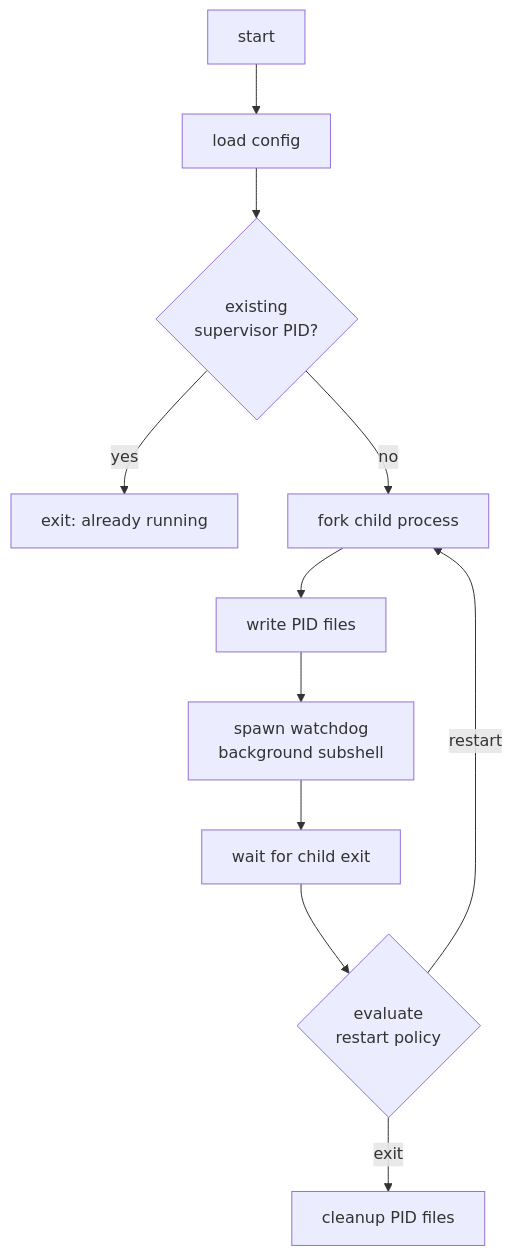
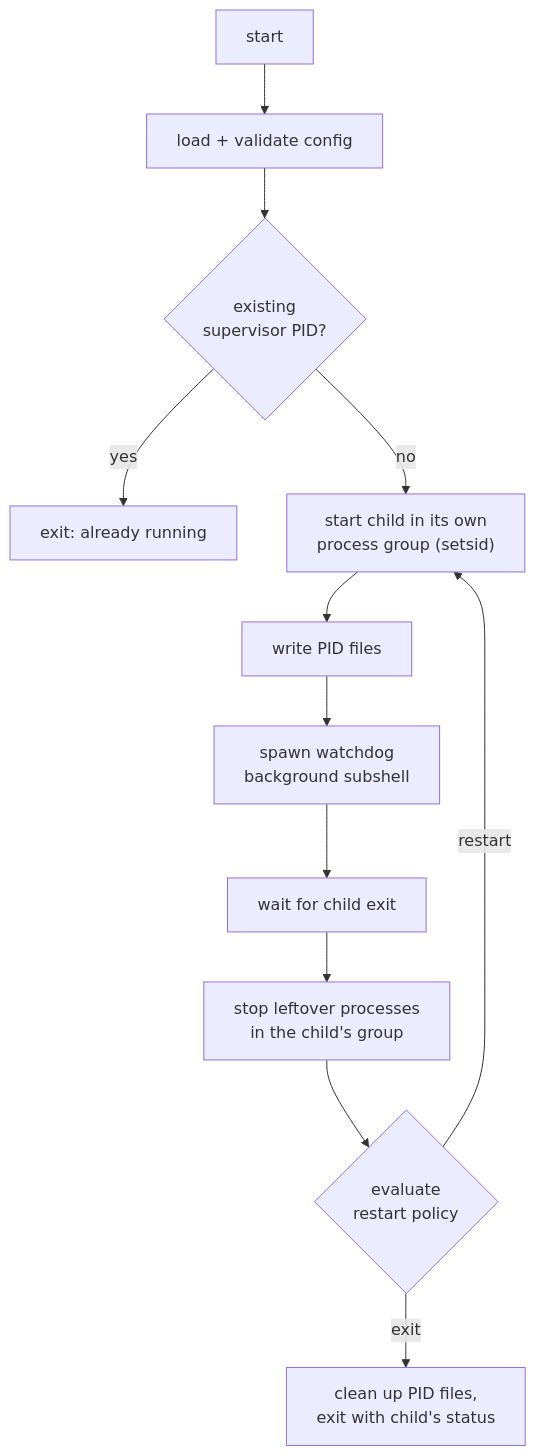
One commit to DimitriosDalaklidhs/process-supervisor changed the second of 4 diagrams in README.md. Above: the diagram before and after it, drawn with Mermaid. The commit also changed other lines of this file, not shown here.

````diff
--- a/README.md
+++ b/README.md
@@ -142,13 +176,14 @@
 ```mermaid
 flowchart TD
-    A[start] --> B[load config]
+    A[start] --> B["load + validate config"]
     B --> C{existing<br/>supervisor PID?}
     C -->|yes| Z[exit: already running]
-    C -->|no| D[fork child process]
+    C -->|no| D["start child in its own<br/>process group (setsid)"]
     D --> E[write PID files]
     E --> F[spawn watchdog<br/>background subshell]
     F --> G[wait for child exit]
-    G --> H{evaluate<br/>restart policy}
-    H -->|restart| D
-    H -->|exit| I[cleanup PID files]
+    G --> H["stop leftover processes<br/>in the child's group"]
+    H --> I{evaluate<br/>restart policy}
+    I -->|restart| D
+    I -->|exit| J["clean up PID files,<br/>exit with child's status"]
 ```
````
